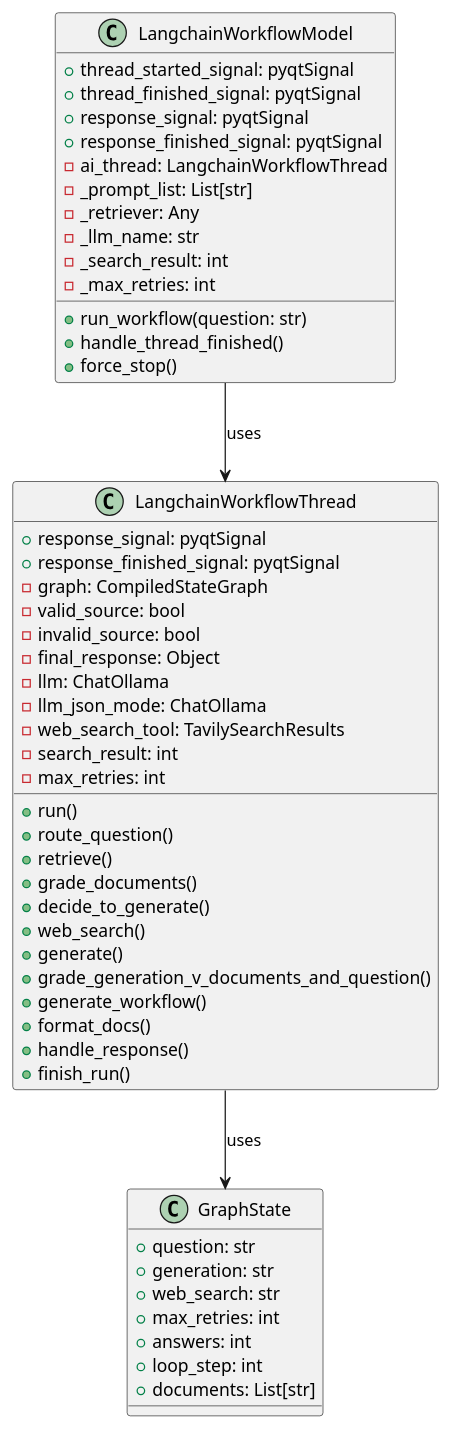
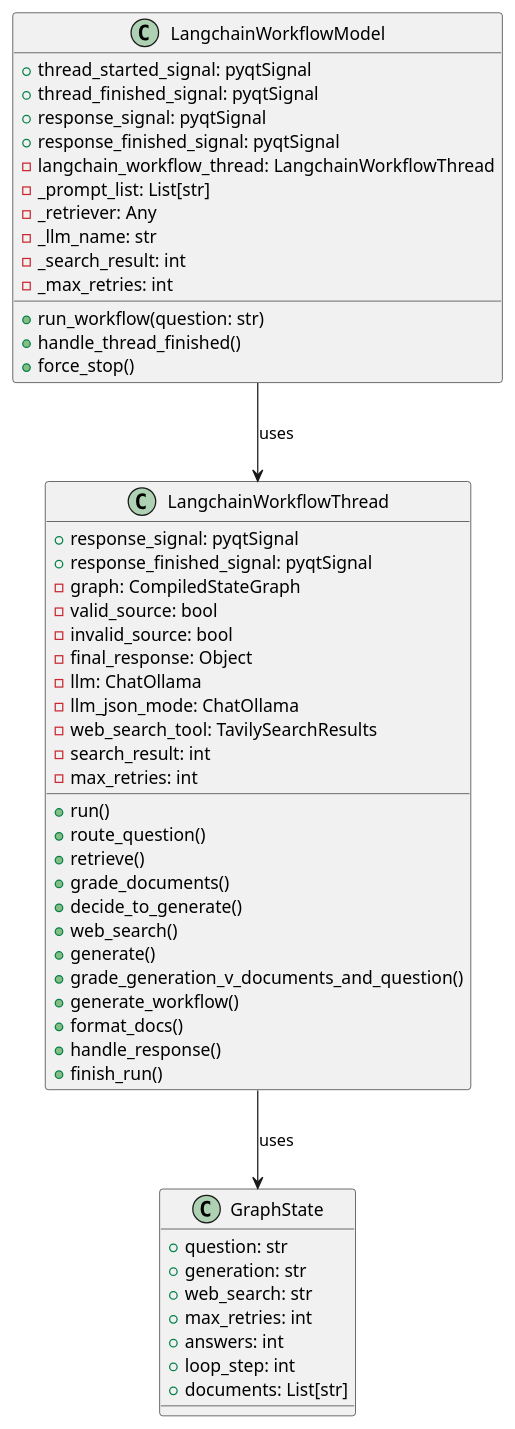
Before and after one commit to hyun-yang/MyAIAgent-LangChain: the diagram in uml/langchainworkflowmodel_class.puml, drawn with PlantUML. The commit also changed 2 other files, not shown here.

```diff
--- a/uml/langchainworkflowmodel_class.puml
+++ b/uml/langchainworkflowmodel_class.puml
@@ -1,58 +1,58 @@
 @startuml
 
 class LangchainWorkflowModel {
     +thread_started_signal: pyqtSignal
     +thread_finished_signal: pyqtSignal
     +response_signal: pyqtSignal
     +response_finished_signal: pyqtSignal
-    -ai_thread: LangchainWorkflowThread
+    -langchain_workflow_thread: LangchainWorkflowThread
     -_prompt_list: List[str]
     -_retriever: Any
     -_llm_name: str
     -_search_result: int
     -_max_retries: int
     +run_workflow(question: str)
     +handle_thread_finished()
     +force_stop()
 }
 
 class LangchainWorkflowThread {
     +response_signal: pyqtSignal
     +response_finished_signal: pyqtSignal
     -graph: CompiledStateGraph
     -valid_source: bool
     -invalid_source: bool
     -final_response: Object
     -llm: ChatOllama
     -llm_json_mode: ChatOllama
     -web_search_tool: TavilySearchResults
     -search_result: int
     -max_retries: int
     +run()
     +route_question()
     +retrieve()
     +grade_documents()
     +decide_to_generate()
     +web_search()
     +generate()
     +grade_generation_v_documents_and_question()
     +generate_workflow()
     +format_docs()
     +handle_response()
     +finish_run()
 }
 
 class GraphState {
     +question: str
     +generation: str
     +web_search: str
     +max_retries: int
     +answers: int
     +loop_step: int
     +documents: List[str]
 }
 
 LangchainWorkflowModel --> LangchainWorkflowThread : uses
 LangchainWorkflowThread --> GraphState : uses
 
 @enduml
```
